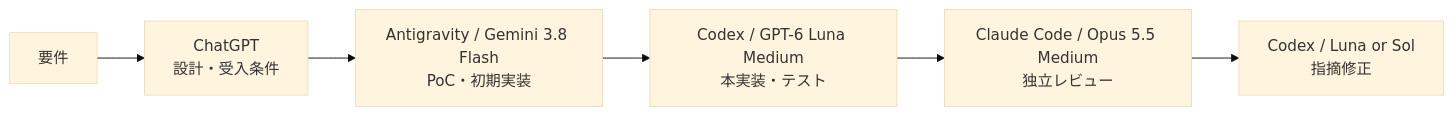
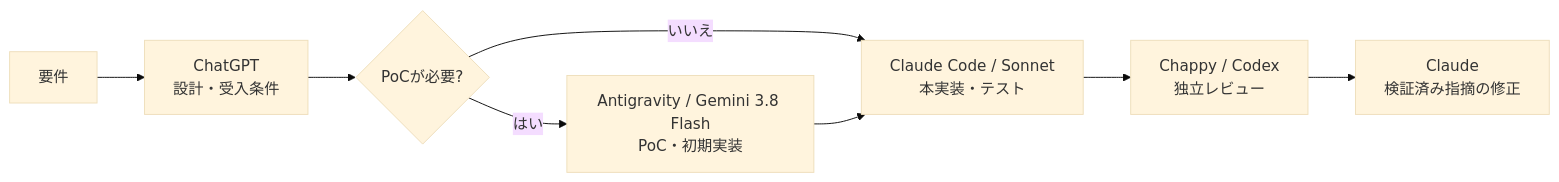
Before and after one commit to moruku36/multi-ai-workflow: the diagram in docs/cookbook/04-code-refactor.md, drawn with Mermaid (base theme). The commit also changed other lines of this file and 10 other files, not shown here.

````diff
--- a/docs/cookbook/04-code-refactor.md
+++ b/docs/cookbook/04-code-refactor.md
@@ -9,8 +9,10 @@
 ```mermaid
 flowchart LR
     A[要件] --> B[ChatGPT<br/>設計・受入条件]
-    B --> C[Antigravity / Gemini 3.8 Flash<br/>PoC・初期実装]
-    C --> D[Codex / GPT-6 Luna Medium<br/>本実装・テスト]
-    D --> E[Claude Code / Opus 5.5 Medium<br/>独立レビュー]
-    E --> F[Codex / Luna or Sol<br/>指摘修正]
+    B --> Q{PoCが必要?}
+    Q -->|はい| C[Antigravity / Gemini 3.8 Flash<br/>PoC・初期実装]
+    Q -->|いいえ| D
+    C --> D[Claude Code / Sonnet<br/>本実装・テスト]
+    D --> E[Chappy / Codex<br/>独立レビュー]
+    E --> F[Claude<br/>検証済み指摘の修正]
 ```
````
